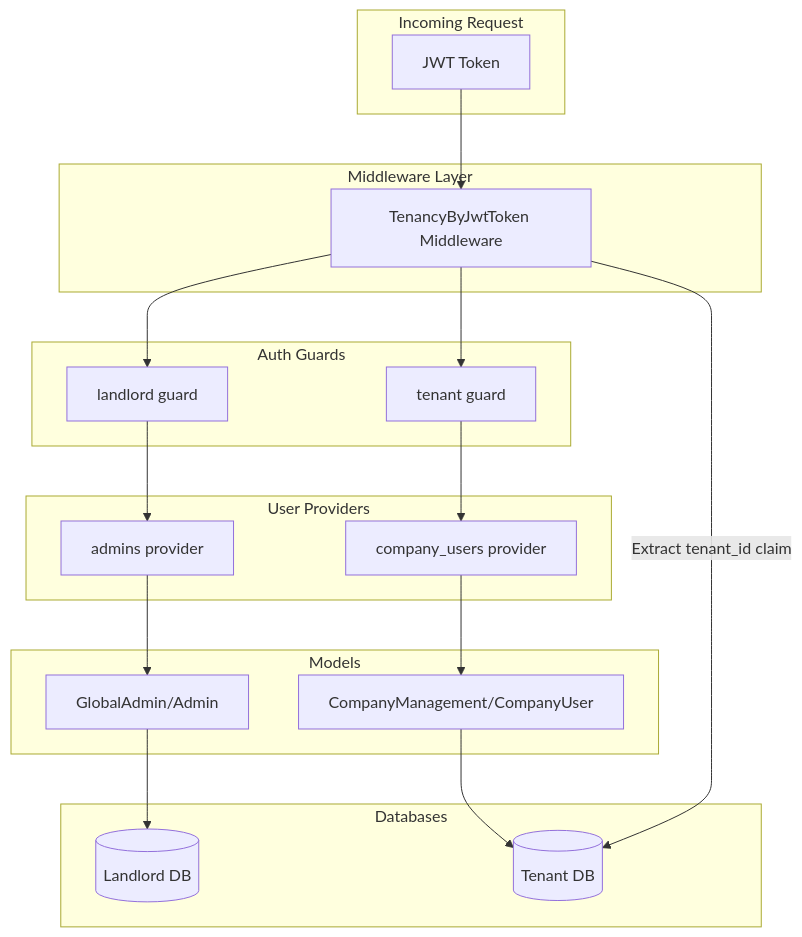
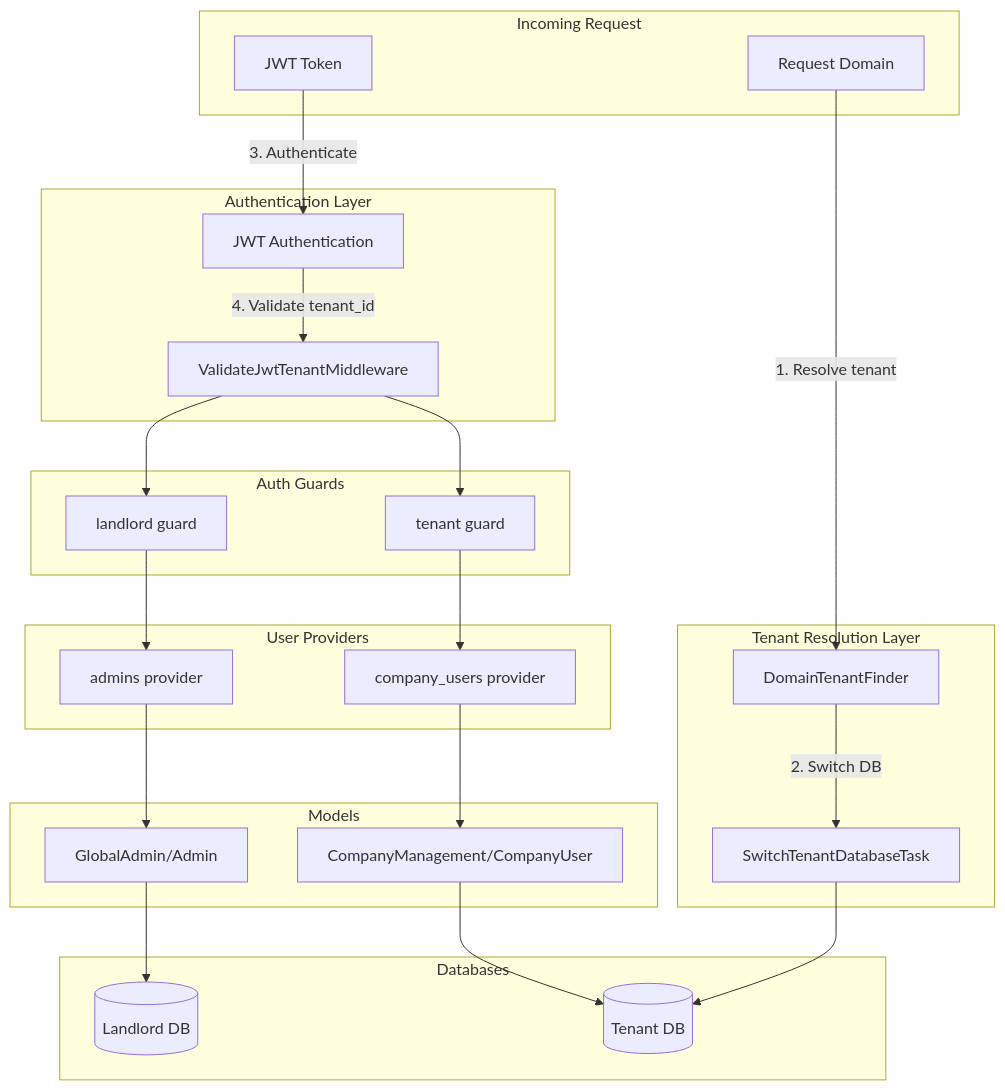
Before and after one commit to aouirachid/sifet-backend: the diagram in plan/jwt_auth_guards_config.plan.md, drawn with Mermaid. The commit also changed other lines of this file, not shown here.

Commit message:
docs: update JWT auth plan with hybrid tenant resolution strategy (Domain + JWT validation)

````diff
--- a/plan/jwt_auth_guards_config.plan.md
+++ b/plan/jwt_auth_guards_config.plan.md
@@ -51,41 +81,51 @@
 ```mermaid
 flowchart TB
     subgraph request [Incoming Request]
+        Domain[Request Domain]
         JWT[JWT Token]
     end
     
-    subgraph middleware [Middleware Layer]
-        TenancyByJwtToken[TenancyByJwtToken Middleware]
+    subgraph tenant_resolution [Tenant Resolution Layer]
+        DomainTenantFinder[DomainTenantFinder]
+        SwitchDB[SwitchTenantDatabaseTask]
+    end
+    
+    subgraph auth_layer [Authentication Layer]
+        JWTAuth[JWT Authentication]
+        ValidateJwtTenant[ValidateJwtTenantMiddleware]
     end
     
     subgraph guards [Auth Guards]
         LandlordGuard[landlord guard]
         TenantGuard[tenant guard]
     end
     
     subgraph providers [User Providers]
         AdminProvider[admins provider]
         CompanyUserProvider[company_users provider]
     end
     
     subgraph models [Models]
         Admin[GlobalAdmin/Admin]
         CompanyUser[CompanyManagement/CompanyUser]
     end
     
     subgraph databases [Databases]
         LandlordDB[(Landlord DB)]
         TenantDB[(Tenant DB)]
     end
     
-    JWT --> TenancyByJwtToken
-    TenancyByJwtToken -->|"Extract tenant_id claim"| TenantDB
-    TenancyByJwtToken --> LandlordGuard
-    TenancyByJwtToken --> TenantGuard
+    Domain -->|"1. Resolve tenant"| DomainTenantFinder
+    DomainTenantFinder -->|"2. Switch DB"| SwitchDB
+    SwitchDB --> TenantDB
+    JWT -->|"3. Authenticate"| JWTAuth
+    JWTAuth -->|"4. Validate tenant_id"| ValidateJwtTenant
+    ValidateJwtTenant --> LandlordGuard
+    ValidateJwtTenant --> TenantGuard
     LandlordGuard --> AdminProvider
     TenantGuard --> CompanyUserProvider
     AdminProvider --> Admin
     CompanyUserProvider --> CompanyUser
     Admin --> LandlordDB
     CompanyUser --> TenantDB
 ```
````
